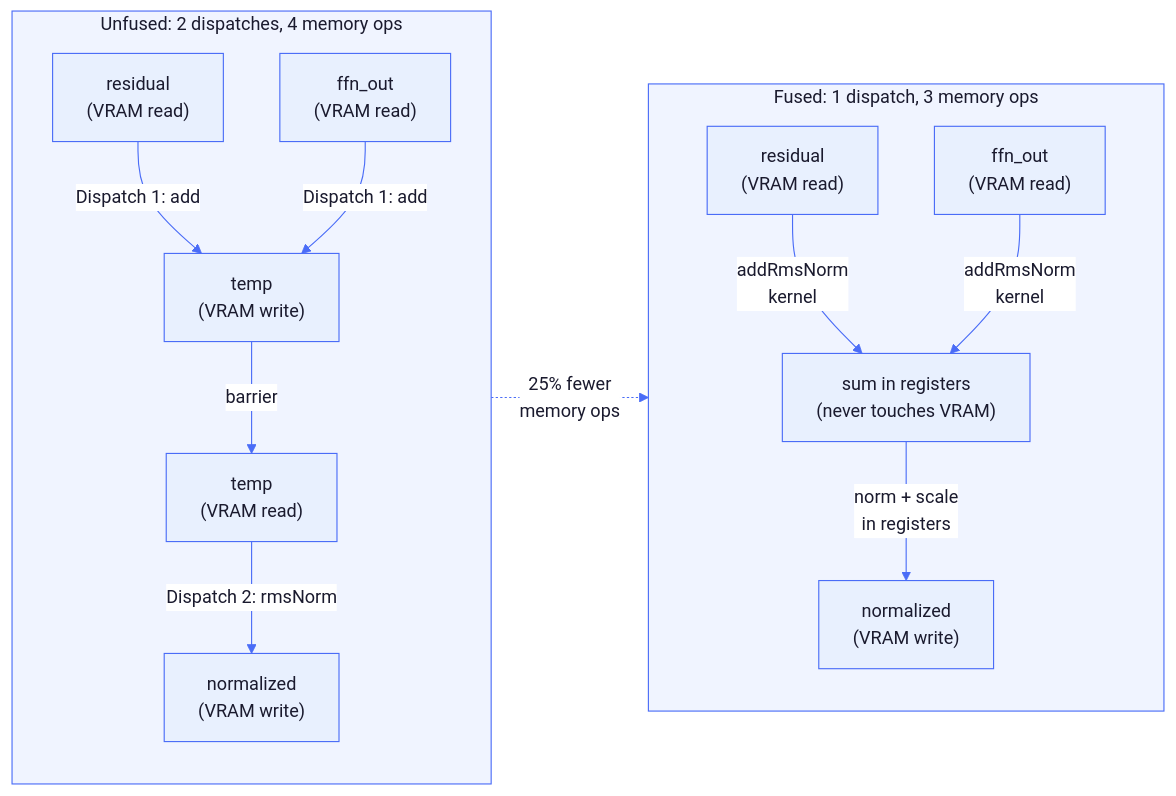
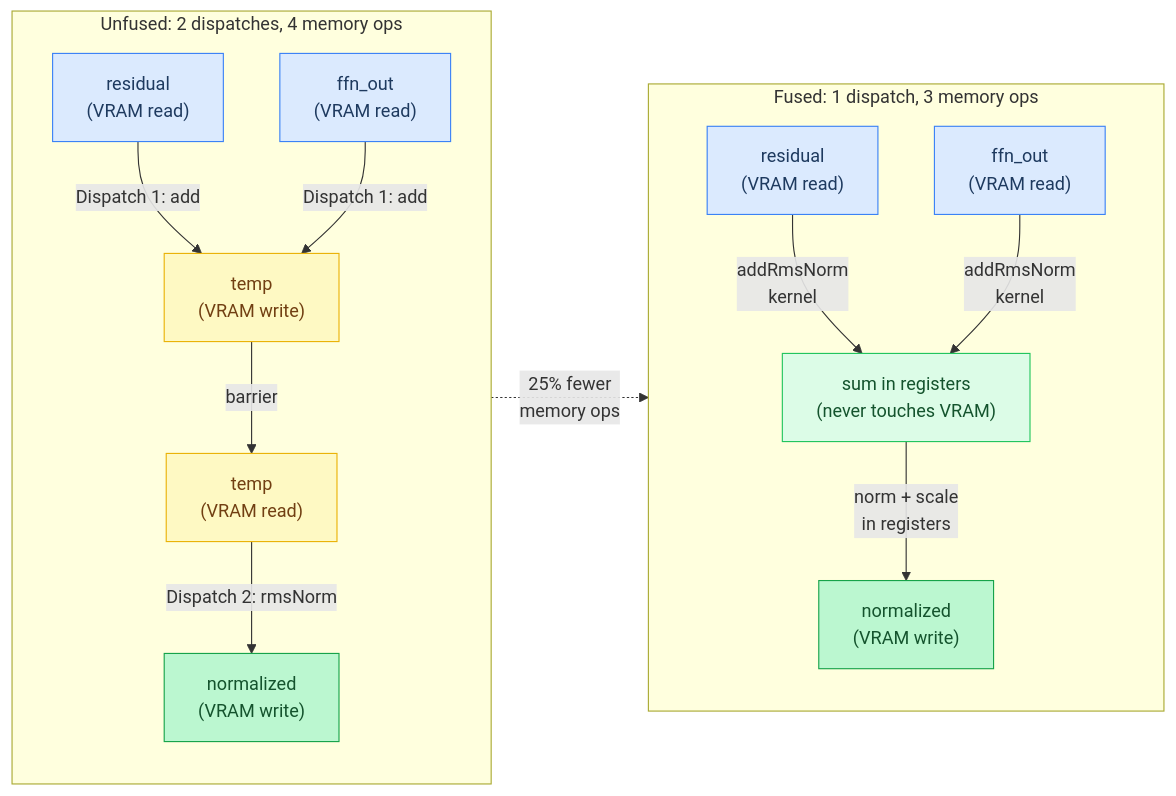
The third of 8 diagrams in docs/tutorial/13-batched-dispatch-and-fusion.md (maci0/agave), drawn with Mermaid before and after one commit. The commit also changed other lines of this file and 24 other files, not shown here.

First line of the commit message:
docs: convert all mermaid diagrams to classDef semantic colors

````diff
--- a/docs/tutorial/13-batched-dispatch-and-fusion.md
+++ b/docs/tutorial/13-batched-dispatch-and-fusion.md
@@ -250,44 +248,37 @@
 ```mermaid
-%%{init: {'theme': 'base', 'themeVariables': {
-  'primaryColor': '#e8f0fe',
-  'primaryTextColor': '#1a1a2e',
-  'primaryBorderColor': '#4a6cf7',
-  'lineColor': '#4a6cf7',
-  'secondaryColor': '#f0f4ff',
-  'tertiaryColor': '#f8f9ff',
-  'edgeLabelBackground': '#ffffff',
-  'clusterBkg': '#f0f4ff',
-  'clusterBorder': '#4a6cf7',
-  'titleColor': '#1a1a2e',
-  'nodeTextColor': '#1a1a2e',
-  'fontFamily': 'ui-monospace, SFMono-Regular, monospace'
-}}}%%
 flowchart LR
+    classDef setup     fill:#dbeafe,stroke:#3b82f6,color:#1e3a5f
+    classDef sync      fill:#dcfce7,stroke:#22c55e,color:#14532d
+    classDef migration fill:#fef9c3,stroke:#eab308,color:#713f12
+    classDef success   fill:#bbf7d0,stroke:#16a34a,color:#14532d
+    classDef danger    fill:#fee2e2,stroke:#ef4444,color:#7f1d1d
+    classDef optional  fill:#f3e8ff,stroke:#9333ea,color:#581c87
+
     subgraph Unfused["Unfused: 2 dispatches, 4 memory ops"]
         direction TB
-        R1["residual\n(VRAM read)"]
-        F1["ffn_out\n(VRAM read)"]
-        T1["temp\n(VRAM write)"]
-        T2["temp\n(VRAM read)"]
-        N1["normalized\n(VRAM write)"]
+        R1["residual\n(VRAM read)"]:::setup
+        F1["ffn_out\n(VRAM read)"]:::setup
+        T1["temp\n(VRAM write)"]:::migration
+        T2["temp\n(VRAM read)"]:::migration
+        N1["normalized\n(VRAM write)"]:::success
 
         R1 -->|"Dispatch 1: add"| T1
         F1 -->|"Dispatch 1: add"| T1
         T1 -->|"barrier"| T2
         T2 -->|"Dispatch 2: rmsNorm"| N1
     end
 
     subgraph Fused["Fused: 1 dispatch, 3 memory ops"]
         direction TB
-        R2["residual\n(VRAM read)"]
-        F2["ffn_out\n(VRAM read)"]
-        Reg["sum in registers\n(never touches VRAM)"]
-        N2["normalized\n(VRAM write)"]
+        R2["residual\n(VRAM read)"]:::setup
+        F2["ffn_out\n(VRAM read)"]:::setup
+        Reg["sum in registers\n(never touches VRAM)"]:::sync
+        N2["normalized\n(VRAM write)"]:::success
 
         R2 -->|"addRmsNorm\nkernel"| Reg
         F2 -->|"addRmsNorm\nkernel"| Reg
         Reg -->|"norm + scale\nin registers"| N2
     end
 
     Unfused -. "25% fewer\nmemory ops" .-> Fused
 ```
````
